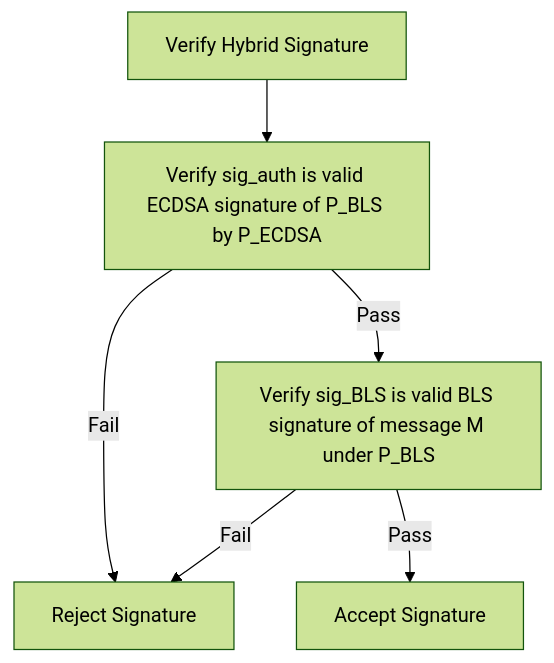
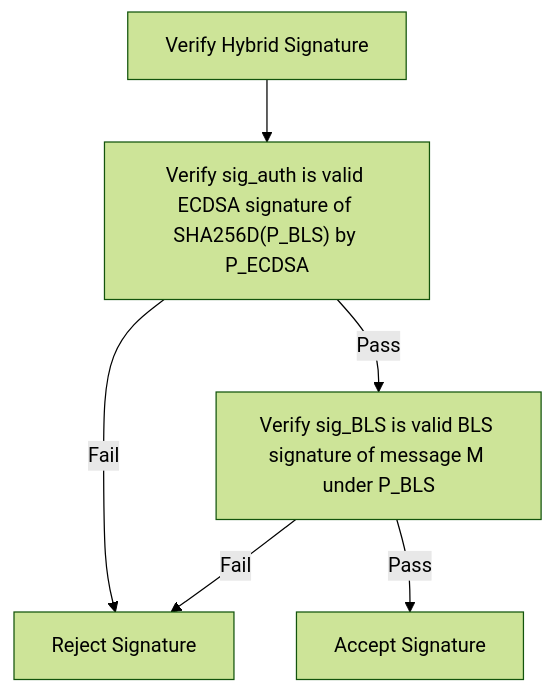
The diagram in doc/ktips/KTIP-0005_PoBLS.md (bedri/KristaTech-KRISTA), drawn with Mermaid (forest theme) before and after one commit. The commit also changed other lines of this file and 88 other files, not shown here.

````diff
--- a/doc/ktips/KTIP-0005_PoBLS.md
+++ b/doc/ktips/KTIP-0005_PoBLS.md
@@ -62,8 +62,8 @@
 ```mermaid
 graph TD
-    Start["Verify Hybrid Signature"] --> CheckECDSA["Verify sig_auth is valid ECDSA signature of P_BLS by P_ECDSA"]
+    Start["Verify Hybrid Signature"] --> CheckECDSA["Verify sig_auth is valid ECDSA signature of SHA256D(P_BLS) by P_ECDSA"]
     CheckECDSA -- "Fail" --> Reject["Reject Signature"]
     CheckECDSA -- "Pass" --> CheckBLS["Verify sig_BLS is valid BLS signature of message M under P_BLS"]
     CheckBLS -- "Fail" --> Reject
     CheckBLS -- "Pass" --> Accept["Accept Signature"]
 ```
````
